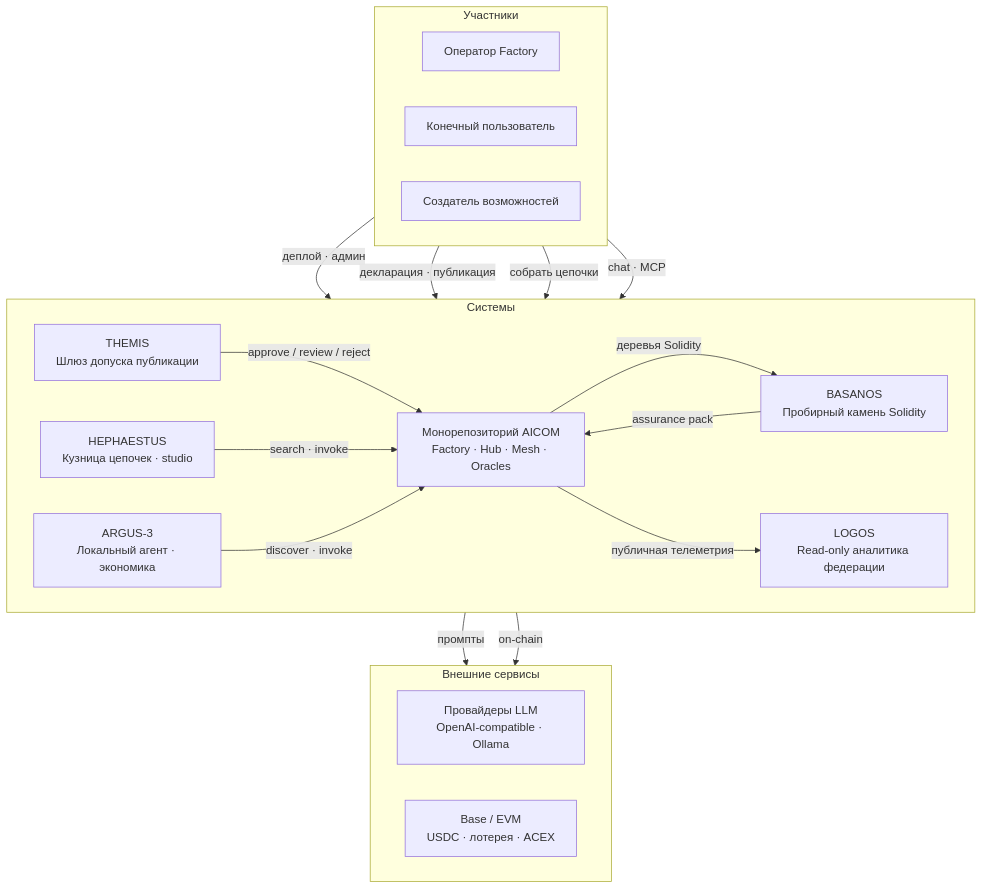
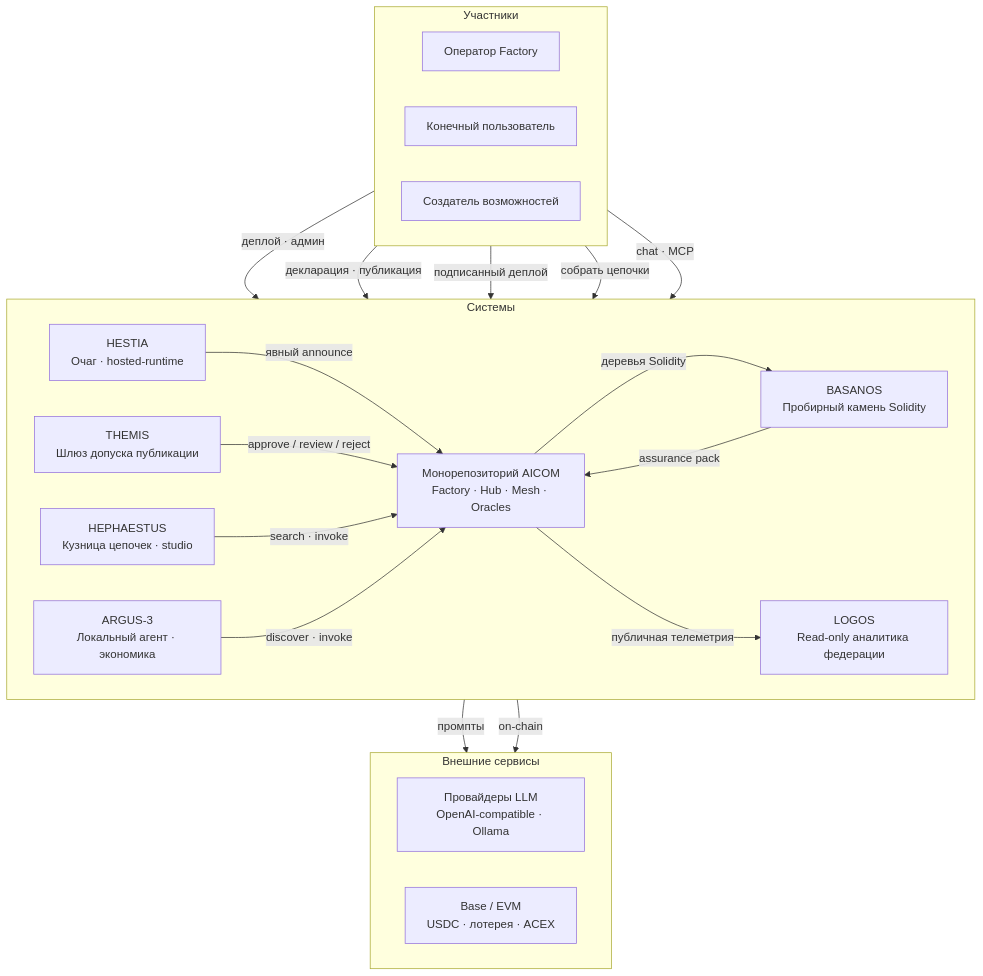
The second of 5 diagrams in docs/ecosystem/whitepaper/ru.md (alexar76/aicom), drawn with Mermaid before and after one commit. The commit also changed other lines of this file and 28 other files, not shown here.

````diff
--- a/docs/ecosystem/whitepaper/ru.md
+++ b/docs/ecosystem/whitepaper/ru.md
@@ -141,38 +144,41 @@
 ```mermaid
 flowchart TB
   subgraph actors["Участники"]
     direction LR
     operator["Оператор Factory"]
     enduser["Конечный пользователь"]
     builder["Создатель возможностей"]
   end
 
   subgraph systems["Системы"]
     direction LR
     aicom["Монорепозиторий AICOM<br/>Factory · Hub · Mesh · Oracles"]
     themis["THEMIS<br/>Шлюз допуска публикации"]
+    hestia["HESTIA<br/>Очаг · hosted-runtime"]
     basanos["BASANOS<br/>Пробирный камень Solidity"]
     hephaestus["HEPHAESTUS<br/>Кузница цепочек · studio"]
     logos["LOGOS<br/>Read-only аналитика федерации"]
     argus["ARGUS-3<br/>Локальный агент · экономика"]
   end
 
   subgraph external["Внешние сервисы"]
     direction LR
     llm["Провайдеры LLM<br/>OpenAI-compatible · Ollama"]
     chain["Base / EVM<br/>USDC · лотерея · ACEX"]
   end
 
   operator -->|деплой · админ| aicom
   builder -->|декларация · публикация| themis
+  builder -->|подписанный деплой| hestia
+  hestia -->|явный announce| aicom
   themis -->|"approve / review / reject"| aicom
   enduser -->|собрать цепочки| hephaestus
   hephaestus -->|search · invoke| aicom
   aicom -->|деревья Solidity| basanos
   basanos -->|assurance pack| aicom
   enduser -->|chat · MCP| argus
   argus -->|discover · invoke| aicom
   aicom -->|публичная телеметрия| logos
   aicom -->|промпты| llm
   aicom -->|on-chain| chain
 ```
````
